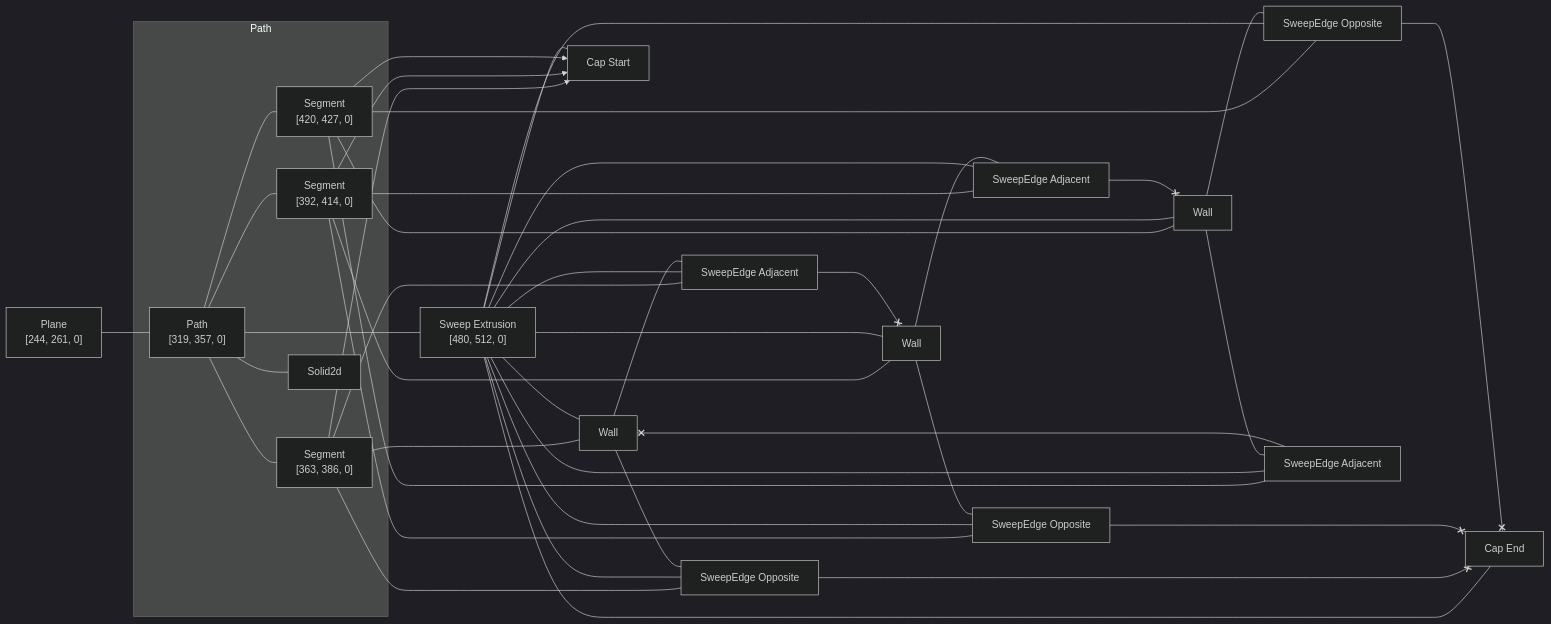
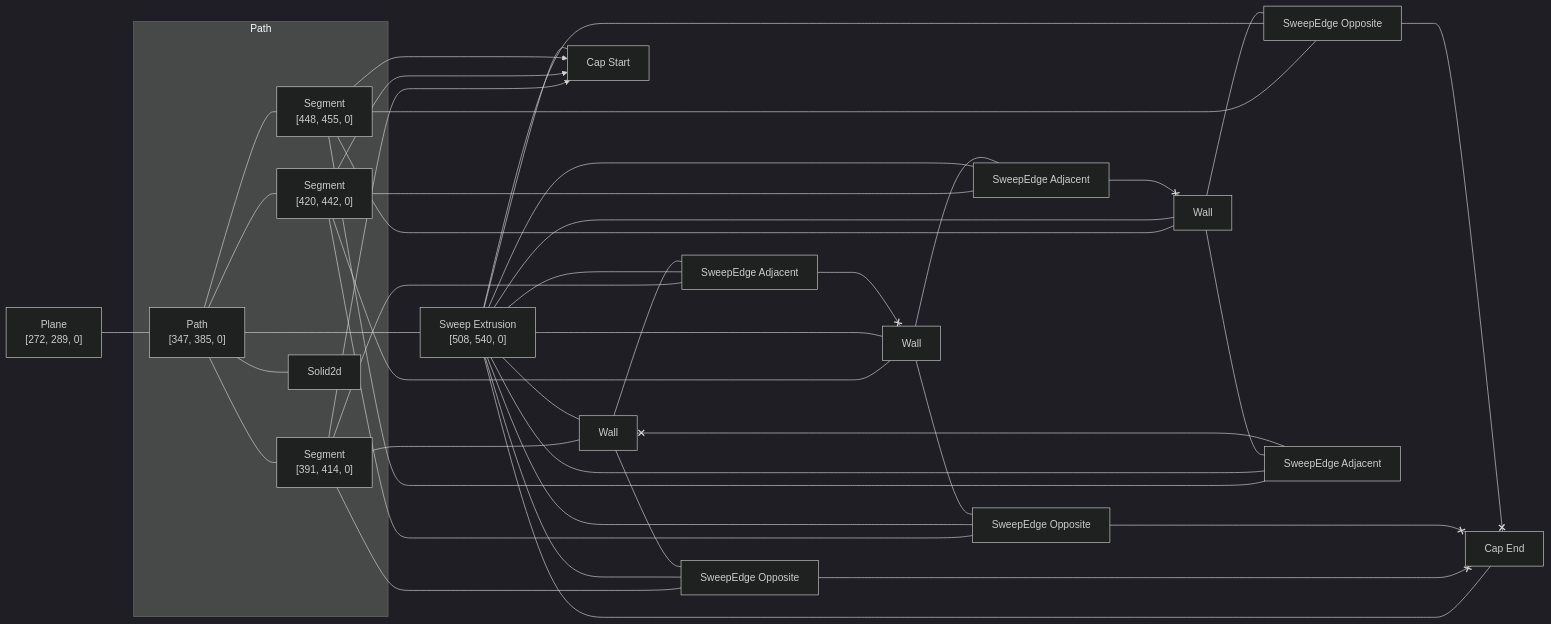
The diagram in rust/kcl-lib/tests/kcl_samples/wedge/artifact_graph_flowchart.snap.md (KittyCAD/modeling-app), drawn with Mermaid (dark theme) before and after one commit. The commit also changed 319 other files, not shown here.

````diff
--- a/rust/kcl-lib/tests/kcl_samples/wedge/artifact_graph_flowchart.snap.md
+++ b/rust/kcl-lib/tests/kcl_samples/wedge/artifact_graph_flowchart.snap.md
@@ -1,75 +1,75 @@
 ```mermaid
 flowchart LR
   subgraph path2 [Path]
-    2["Path<br>[319, 357, 0]"]
+    2["Path<br>[347, 385, 0]"]
       %% [ProgramBodyItem { index: 4 }, VariableDeclarationDeclaration, VariableDeclarationInit, PipeBodyItem { index: 0 }]
-    3["Segment<br>[363, 386, 0]"]
+    3["Segment<br>[391, 414, 0]"]
       %% [ProgramBodyItem { index: 4 }, VariableDeclarationDeclaration, VariableDeclarationInit, PipeBodyItem { index: 1 }]
-    4["Segment<br>[392, 414, 0]"]
+    4["Segment<br>[420, 442, 0]"]
       %% [ProgramBodyItem { index: 4 }, VariableDeclarationDeclaration, VariableDeclarationInit, PipeBodyItem { index: 2 }]
-    5["Segment<br>[420, 427, 0]"]
+    5["Segment<br>[448, 455, 0]"]
       %% [ProgramBodyItem { index: 4 }, VariableDeclarationDeclaration, VariableDeclarationInit, PipeBodyItem { index: 3 }]
     6[Solid2d]
   end
-  1["Plane<br>[244, 261, 0]"]
+  1["Plane<br>[272, 289, 0]"]
     %% [ProgramBodyItem { index: 3 }, VariableDeclarationDeclaration, VariableDeclarationInit]
-  7["Sweep Extrusion<br>[480, 512, 0]"]
+  7["Sweep Extrusion<br>[508, 540, 0]"]
     %% [ProgramBodyItem { index: 5 }, VariableDeclarationDeclaration, VariableDeclarationInit]
   8[Wall]
     %% face_code_ref=Missing NodePath
   9[Wall]
     %% face_code_ref=Missing NodePath
   10[Wall]
     %% face_code_ref=Missing NodePath
   11["Cap Start"]
     %% face_code_ref=Missing NodePath
   12["Cap End"]
     %% face_code_ref=Missing NodePath
   13["SweepEdge Opposite"]
   14["SweepEdge Adjacent"]
   15["SweepEdge Opposite"]
   16["SweepEdge Adjacent"]
   17["SweepEdge Opposite"]
   18["SweepEdge Adjacent"]
   1 --- 2
   2 --- 3
   2 --- 4
   2 --- 5
   2 --- 6
   2 ---- 7
   3 --- 8
   3 x--> 11
   3 --- 13
   3 --- 14
   4 --- 9
   4 x--> 11
   4 --- 15
   4 --- 16
   5 --- 10
   5 x--> 11
   5 --- 17
   5 --- 18
   7 --- 8
   7 --- 9
   7 --- 10
   7 --- 11
   7 --- 12
   7 --- 13
   7 --- 14
   7 --- 15
   7 --- 16
   7 --- 17
   7 --- 18
   8 --- 13
   8 --- 14
   18 <--x 8
   14 <--x 9
   9 --- 15
   9 --- 16
   16 <--x 10
   10 --- 17
   10 --- 18
   13 <--x 12
   15 <--x 12
   17 <--x 12
 ```
````
